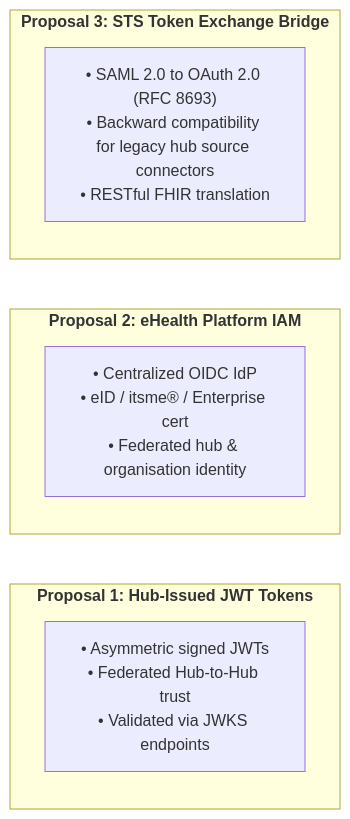
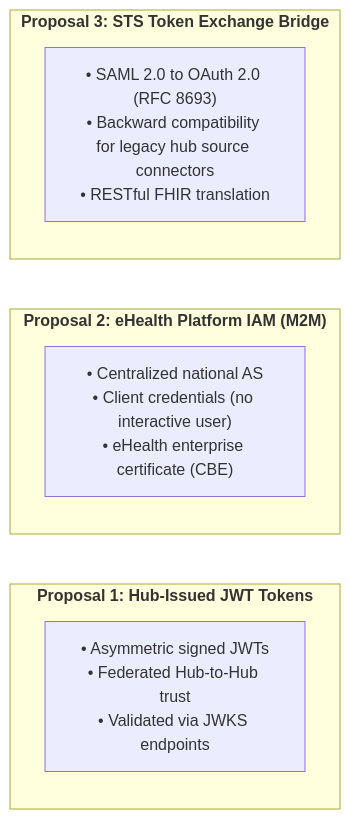
Before and after one commit to Erwin-Bellon/hubsharing: the third of 3 diagrams in input/pagecontent/architecture.md, drawn with Mermaid. The commit also changed other lines of this file and 11 other files, not shown here.

````diff
--- a/input/pagecontent/architecture.md
+++ b/input/pagecontent/architecture.md
@@ -167,12 +167,12 @@
 ```mermaid
 flowchart LR
     subgraph Route1["<b>Proposal 1: Hub-Issued JWT Tokens</b>"]
         R1["• Asymmetric signed JWTs<br/>• Federated Hub-to-Hub trust<br/>• Validated via JWKS endpoints"]
     end
-    subgraph Route2["<b>Proposal 2: eHealth Platform IAM</b>"]
-        R2["• Centralized OIDC IdP<br/>• eID / itsme® / Enterprise cert<br/>• Federated hub & organisation identity"]
+    subgraph Route2["<b>Proposal 2: eHealth Platform IAM (M2M)</b>"]
+        R2["• Centralized national AS<br/>• Client credentials (no interactive user)<br/>• eHealth enterprise certificate (CBE)"]
     end
     subgraph Route3["<b>Proposal 3: STS Token Exchange Bridge</b>"]
         R3["• SAML 2.0 to OAuth 2.0 (RFC 8693)<br/>• Backward compatibility for legacy hub source connectors<br/>• RESTful FHIR translation"]
     end
 ```
````
